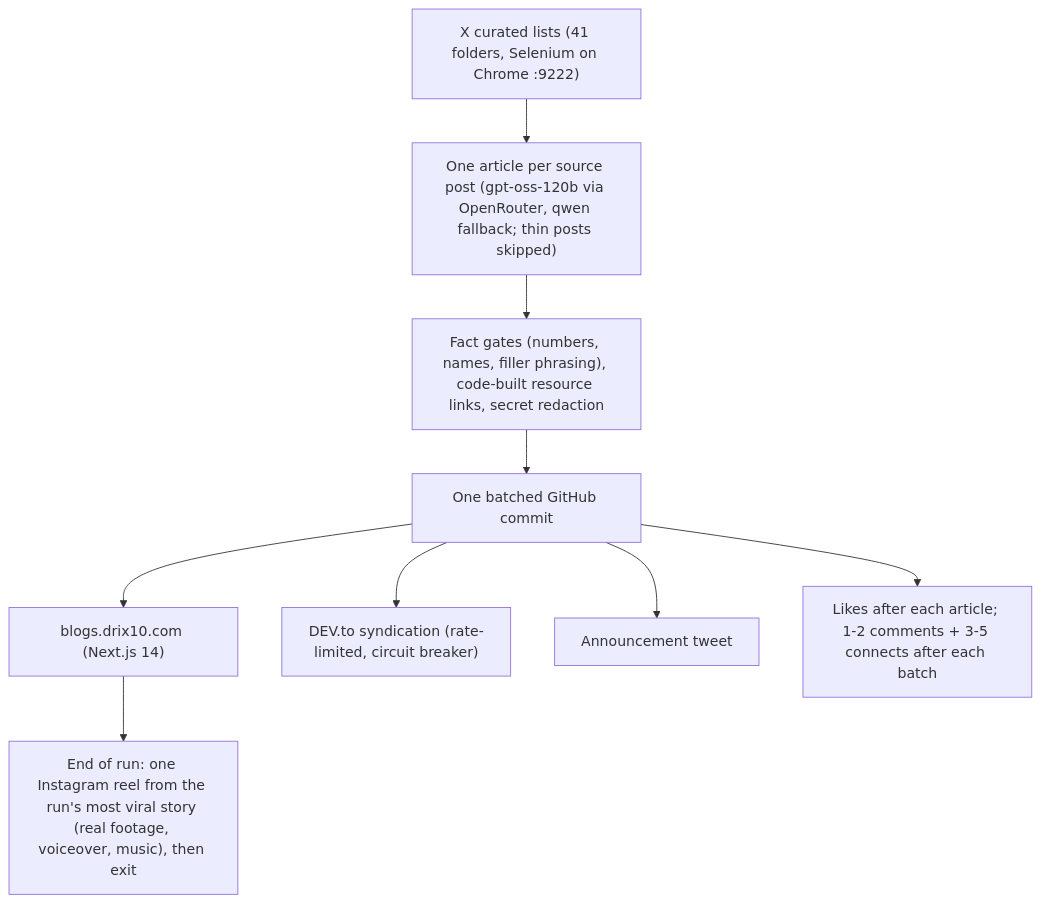
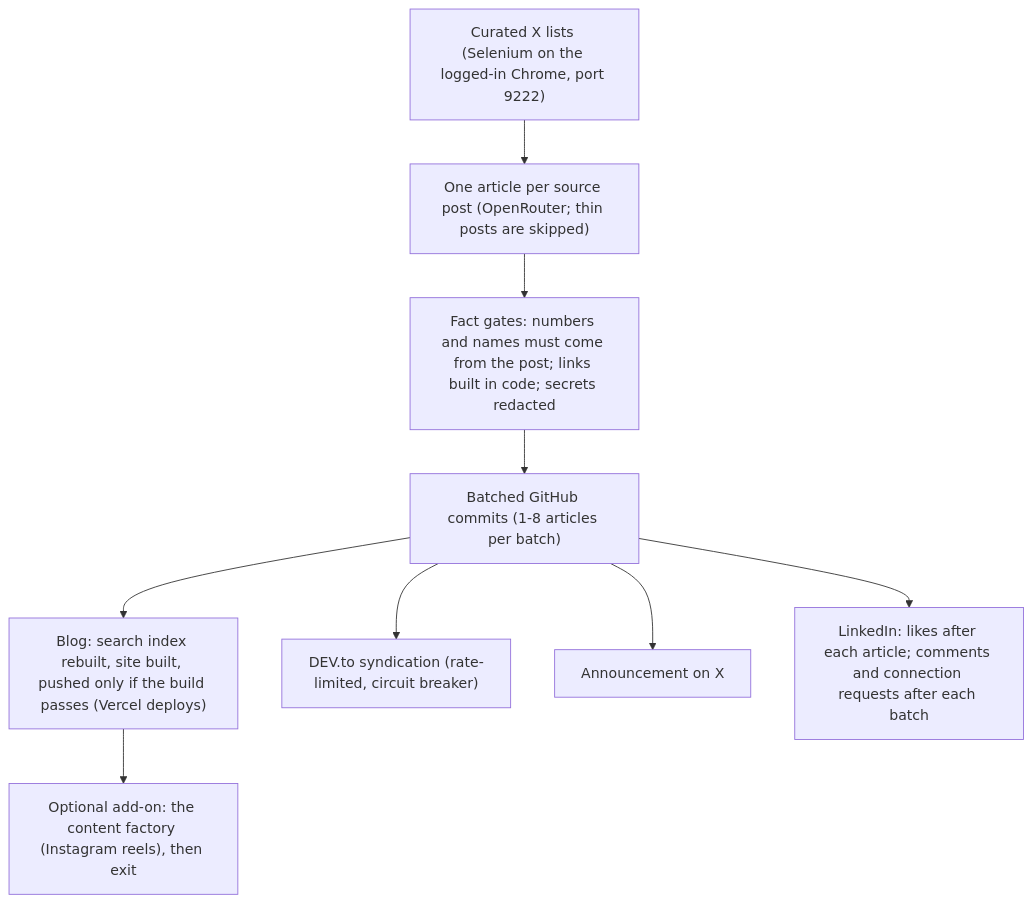
One commit to Drix10/ai-resources-pipeline changed the diagram in README.md. Above: the diagram before and after it, drawn with Mermaid. The commit also changed other lines of this file and 32 other files, not shown here.

````diff
--- a/README.md
+++ b/README.md
@@ -33,11 +9,11 @@
 ```mermaid
 flowchart TD
-    A["X curated lists (41 folders, Selenium on Chrome :9222)"] --> B["One article per source post (gpt-oss-120b via OpenRouter, qwen fallback; thin posts skipped)"]
-    B --> C["Fact gates (numbers, names, filler phrasing), code-built resource links, secret redaction"]
-    C --> D["One batched GitHub commit"]
-    D --> E["blogs.drix10.com (Next.js 14)"]
+    A["Curated X lists (Selenium on the logged-in Chrome, port 9222)"] --> B["One article per source post (OpenRouter; thin posts are skipped)"]
+    B --> C["Fact gates: numbers and names must come from the post; links built in code; secrets redacted"]
+    C --> D["Batched GitHub commits (1-8 articles per batch)"]
+    D --> E["Blog: search index rebuilt, site built, pushed only if the build passes (Vercel deploys)"]
     D --> F["DEV.to syndication (rate-limited, circuit breaker)"]
-    D --> G["Announcement tweet"]
-    D --> H["Likes after each article; 1-2 comments + 3-5 connects after each batch"]
-    E --> I["End of run: one Instagram reel from the run's most viral story (real footage, voiceover, music), then exit"]
+    D --> G["Announcement on X"]
+    D --> H["LinkedIn: likes after each article; comments and connection requests after each batch"]
+    E --> I["Optional add-on: the content factory (Instagram reels), then exit"]
 ```
````
